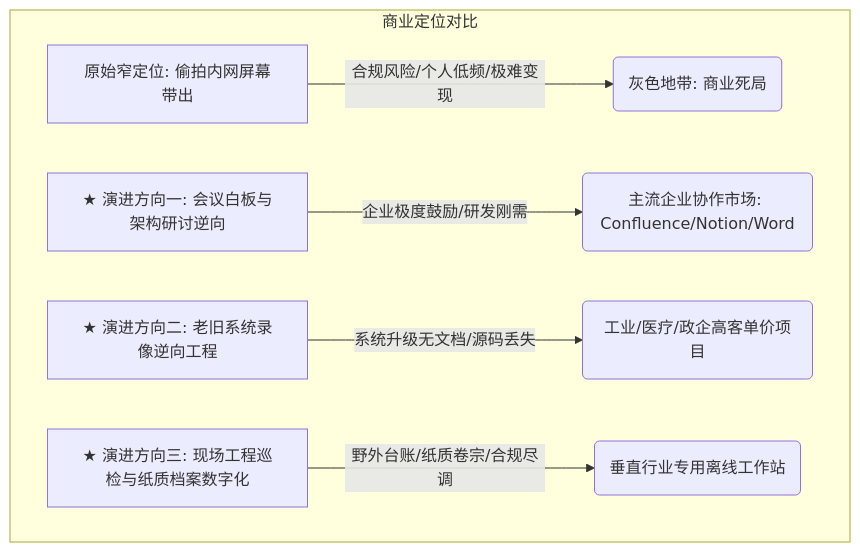
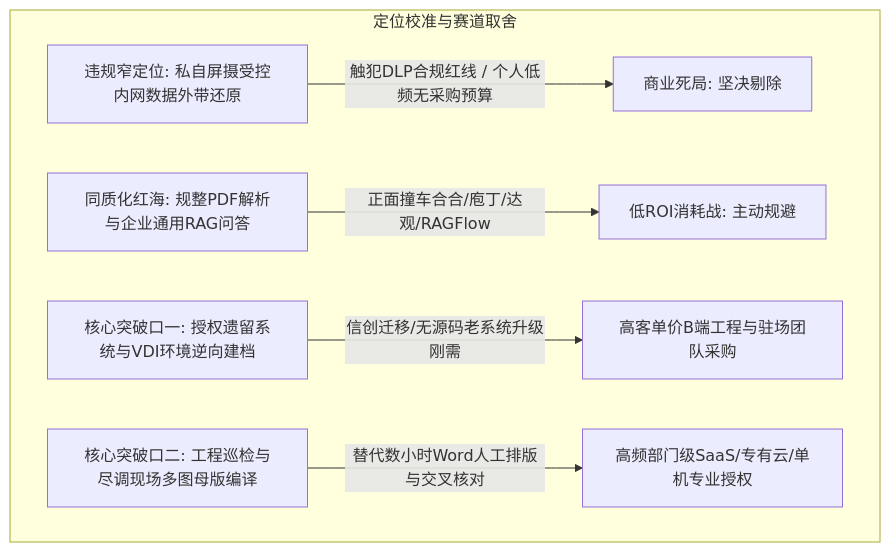
The diagram in docs/01_市场调研与真实需求/02_竞品全景对比与商业可行性分析.md (TK-zhang/tupian-zhuan-wendang), drawn with Mermaid before and after one commit. The commit also changed other lines of this file and 19 other files, not shown here.

````diff
--- a/docs/01_市场调研与真实需求/02_竞品全景对比与商业可行性分析.md
+++ b/docs/01_市场调研与真实需求/02_竞品全景对比与商业可行性分析.md
@@ -16,9 +21,9 @@
 ```mermaid
 flowchart TD
-    subgraph 商业定位对比
-        A[原始窄定位: 偷拍内网屏幕带出] -->|合规风险/个人低频/极难变现| A1(灰色地带: 商业死局)
-        B[★ 演进方向一: 会议白板与架构研讨逆向] -->|企业极度鼓励/研发刚需| B1(主流企业协作市场: Confluence/Notion/Word)
-        C[★ 演进方向二: 老旧系统录像逆向工程] -->|系统升级无文档/源码丢失| C1(工业/医疗/政企高客单价项目)
-        D[★ 演进方向三: 现场工程巡检与纸质档案数字化] -->|野外台账/纸质卷宗/合规尽调| D1(垂直行业专用离线工作站)
+    subgraph 定位校准与赛道取舍
+        A["违规窄定位: 私自屏摄受控内网数据外带还原"] -->|"触犯DLP合规红线 / 个人低频无采购预算"| A1["商业死局: 坚决剔除"]
+        B["同质化红海: 规整PDF解析与企业通用RAG问答"] -->|"正面撞车合合/庖丁/达观/RAGFlow"| B1["低ROI消耗战: 主动规避"]
+        C["核心突破口一: 授权遗留系统与VDI环境逆向建档"] -->|"信创迁移/无源码老系统升级刚需"| C1["高客单价B端工程与驻场团队采购"]
+        D["核心突破口二: 工程巡检与尽调现场多图母版编译"] -->|"替代数小时Word人工排版与交叉核对"| D1["高频部门级SaaS/专有云/单机专业授权"]
     end
 ```
````
